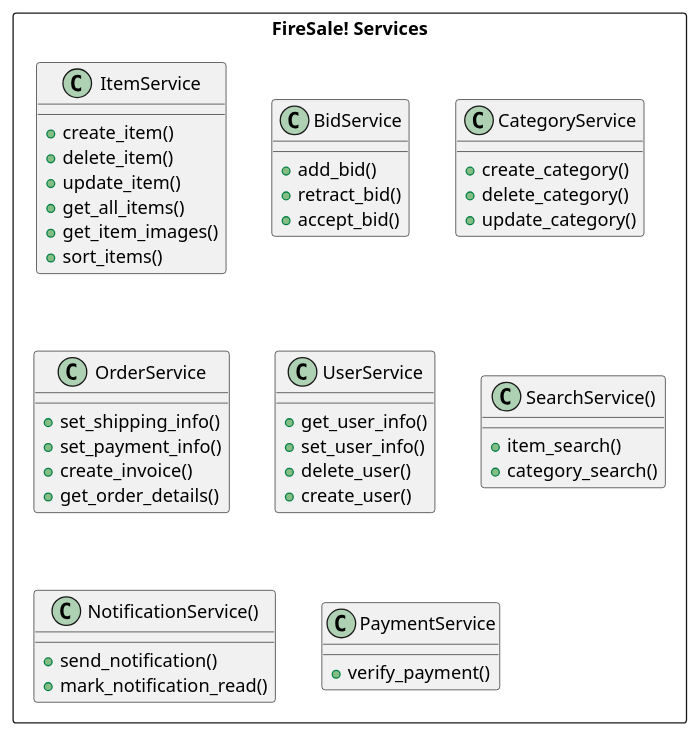
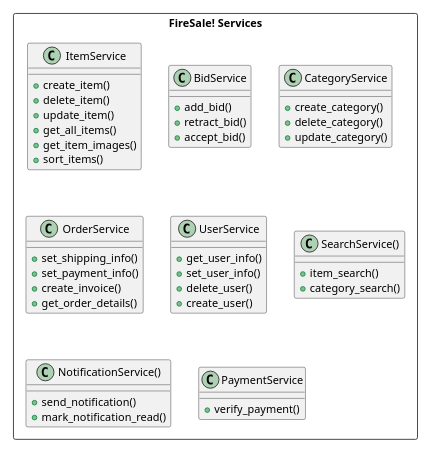
The diagram in docs/diagrams/clsServices.pu (T-220-VLN2-H2/Code), drawn with PlantUML before and after one commit. The commit also changed 2 other files, not shown here.

```diff
--- a/docs/diagrams/clsServices.pu
+++ b/docs/diagrams/clsServices.pu
@@ -1,46 +1,47 @@
 @startuml FireSale
-
+scale 0.6
+'scale 1.5 | scale 200 width | scale 100 height | scale [max] 200x100
 rectangle "FireSale! Services" as services {
     class ItemService {
         + create_item()
         + delete_item()
         + update_item()
         + get_all_items()
         + get_item_images()
         + sort_items()
     }
     class BidService{
         + add_bid()
         + retract_bid()
         + accept_bid()
     }
     class CategoryService {
         + create_category()
         + delete_category()
         + update_category()
     }
     class OrderService{
         + set_shipping_info()
         + set_payment_info()
         + create_invoice()
         + get_order_details()
     }
     class UserService {
         + get_user_info()
         + set_user_info()
         + delete_user()
         + create_user()
     }
     class SearchService() {
         + item_search()
         + category_search()
     }
     class NotificationService() {
         + send_notification()
         + mark_notification_read()
     }
     class PaymentService {
         + verify_payment()
     }
 }
 @enduml
```
